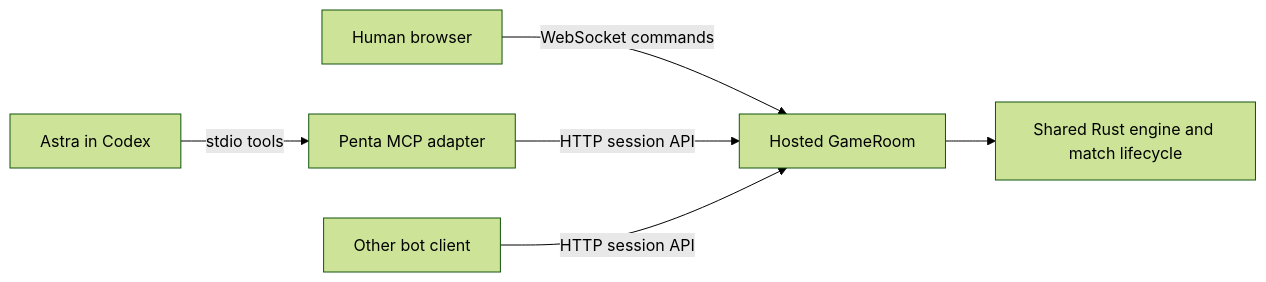
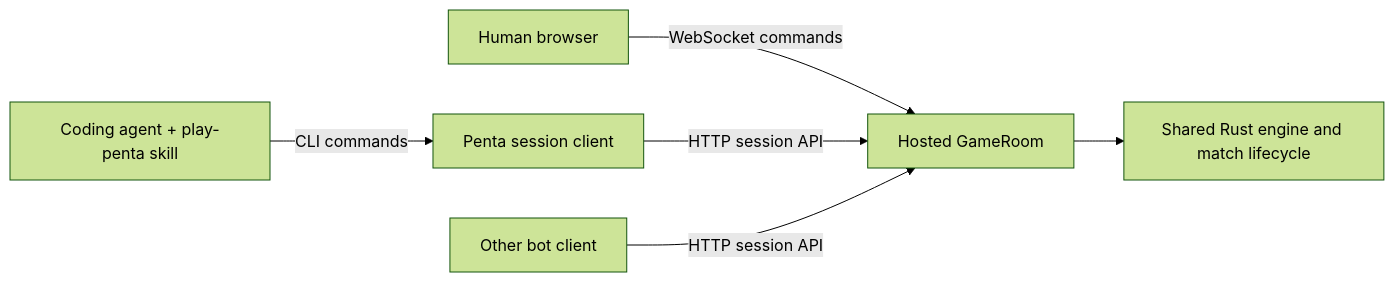
The diagram in docs/bot-sessions.md (gwax/penta), drawn with Mermaid (forest theme) before and after one commit. The commit also changed other lines of this file and 33 other files, not shown here.

Commit message:
Replace Penta MCP integration with skill-driven agent CLI (#321)

````diff
--- a/docs/bot-sessions.md
+++ b/docs/bot-sessions.md
@@ -10,8 +10,8 @@
 ```mermaid
 flowchart LR
   Human[Human browser] -->|WebSocket commands| Room[Hosted GameRoom]
-  Astra[Astra in Codex] -->|stdio tools| MCP[Penta MCP adapter]
-  MCP -->|HTTP session API| Room
+  Agent[Coding agent + play-penta skill] -->|CLI commands| Client[Penta session client]
+  Client -->|HTTP session API| Room
   Bot[Other bot client] -->|HTTP session API| Room
   Room --> Engine[Shared Rust engine and match lifecycle]
 ```
````
